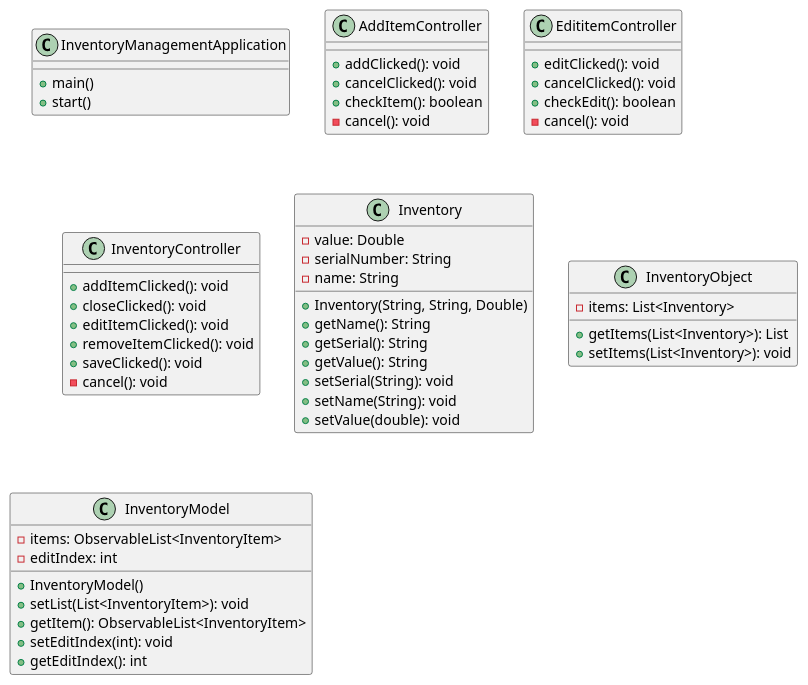
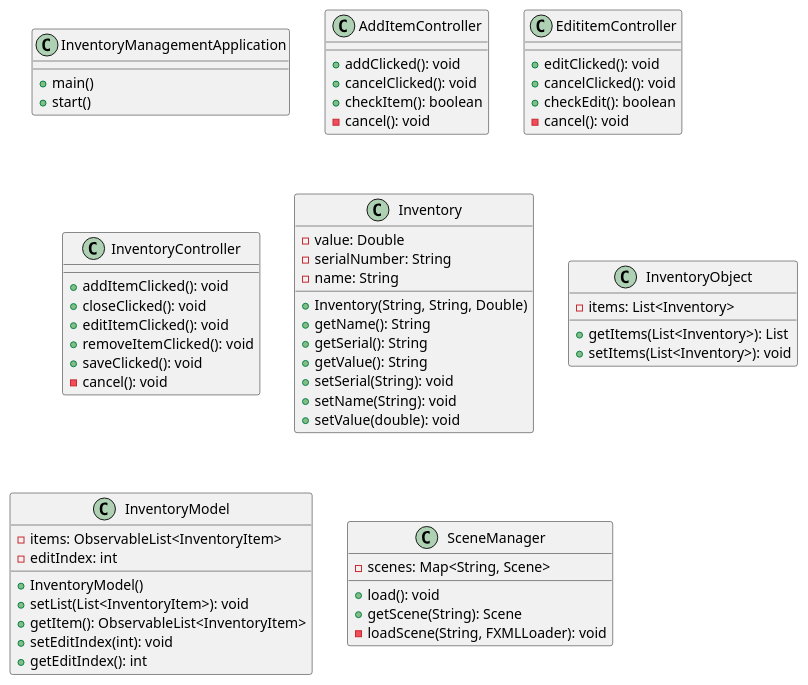
The diagram in Jaro-app2/docs/diagram.puml (mathdude3482/Jaro-app2), drawn with PlantUML before and after one commit. The commit also changed 2 other files, not shown here.

Commit message:
Added SceneManager class. Updated the diagram and the main class.

```diff
--- a/Jaro-app2/docs/diagram.puml
+++ b/Jaro-app2/docs/diagram.puml
@@ -1,52 +1,59 @@
 @startuml
 class InventoryManagementApplication{
 +main()
 +start()
 }
 class AddItemController{
 + addClicked(): void
 + cancelClicked(): void
 + checkItem(): boolean
 - cancel(): void
 }
 class EdititemController{
 + editClicked(): void
 + cancelClicked(): void
 + checkEdit(): boolean
 - cancel(): void
 }
 class InventoryController{
 + addItemClicked(): void
 + closeClicked(): void
 + editItemClicked(): void
 + removeItemClicked(): void
 + saveClicked(): void
 - cancel(): void
 }
 class Inventory{
  - value: Double
  - serialNumber: String
  - name: String
  + Inventory(String, String, Double)
 + getName(): String
 + getSerial(): String
 + getValue(): String
 + setSerial(String): void
 + setName(String): void
 + setValue(double): void
 }
 class InventoryObject{
 - items: List<Inventory>
 + getItems(List<Inventory>): List
 + setItems(List<Inventory>): void
 }
 class InventoryModel{
     - items: ObservableList<InventoryItem>
     - editIndex: int
     + InventoryModel()
     + setList(List<InventoryItem>): void
     + getItem(): ObservableList<InventoryItem>
     + setEditIndex(int): void
     + getEditIndex(): int
 }
+class SceneManager {
+    - scenes: Map<String, Scene>
+    + load(): void
+    + getScene(String): Scene
+    - loadScene(String, FXMLLoader): void
+}
+
 @enduml
```
